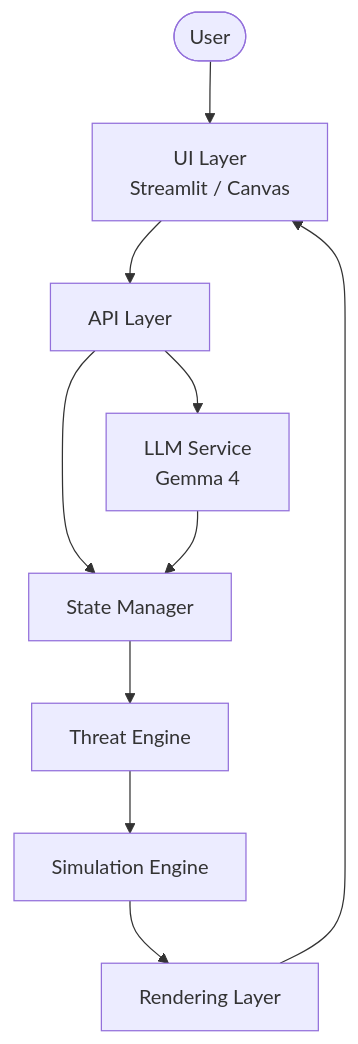
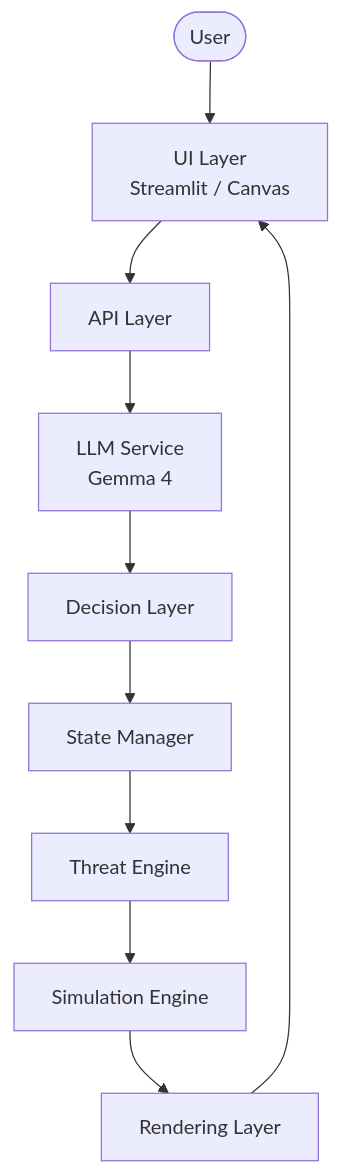
The first of 2 diagrams in docs/1.architecture.md (sevasu77/inference-collapse), drawn with Mermaid before and after one commit. The commit also changed other lines of this file, not shown here.

First line of the commit message:
Revise architecture documentation and add new sections

````diff
--- a/docs/1.architecture.md
+++ b/docs/1.architecture.md
@@ -21,35 +33,38 @@
 ```mermaid
 flowchart TD
 
     User([User])
 
     UI["UI Layer<br/>Streamlit / Canvas"]
 
     API["API Layer"]
 
     LLM["LLM Service<br/>Gemma 4"]
+
+    Decision["Decision Layer"]
 
     State["State Manager"]
 
     Threat["Threat Engine"]
 
     Engine["Simulation Engine"]
 
     Render["Rendering Layer"]
 
     User --> UI
     UI --> API
 
     API --> LLM
-    API --> State
 
-    LLM --> State
+    LLM --> Decision
+
+    Decision --> State
 
     State --> Threat
 
     Threat --> Engine
 
     Engine --> Render
 
     Render --> UI
 ```
````
